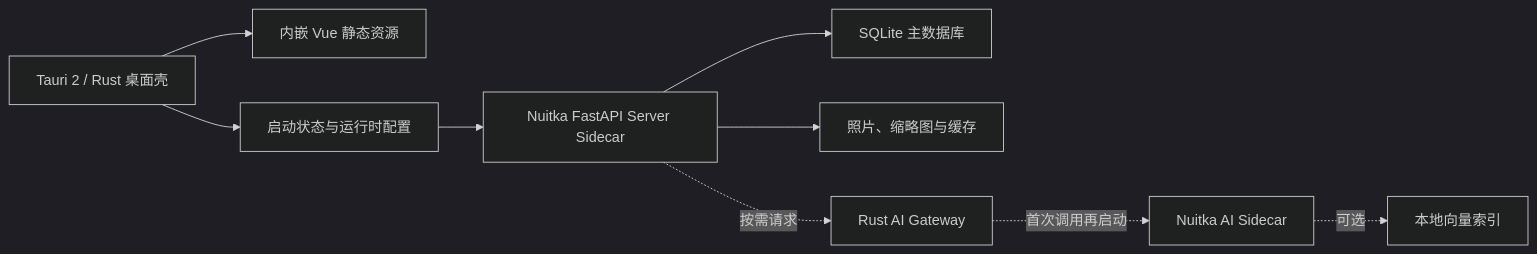
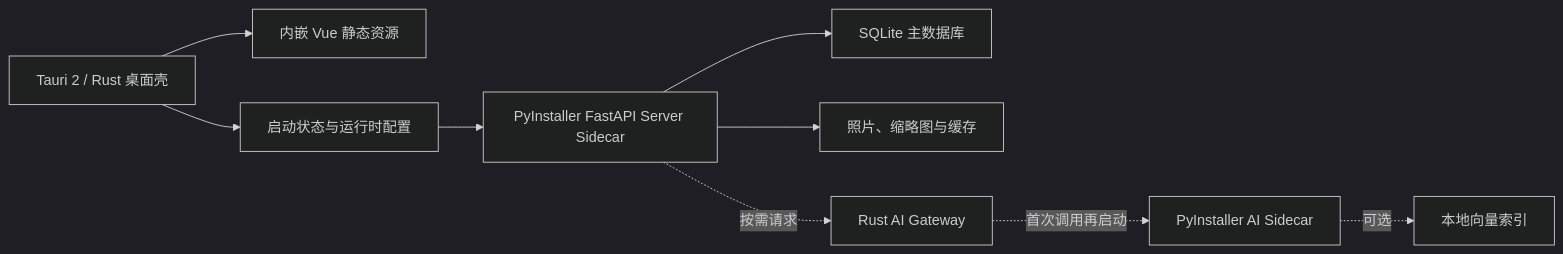
Before and after one commit to LC044/TrailSnap: the first of 2 diagrams in doc/desktop_packaging_technical_route.md, drawn with Mermaid (dark theme). The commit also changed other lines of this file and 8 other files, not shown here.

````diff
--- a/doc/desktop_packaging_technical_route.md
+++ b/doc/desktop_packaging_technical_route.md
@@ -75,11 +75,11 @@
 ```mermaid
 flowchart LR
     Shell["Tauri 2 / Rust 桌面壳"] --> UI["内嵌 Vue 静态资源"]
     Shell --> Bootstrap["启动状态与运行时配置"]
-    Bootstrap --> Server["Nuitka FastAPI Server Sidecar"]
+    Bootstrap --> Server["PyInstaller FastAPI Server Sidecar"]
     Server --> DB["SQLite 主数据库"]
     Server --> Files["照片、缩略图与缓存"]
     Server -.按需请求.-> Gateway["Rust AI Gateway"]
-    Gateway -.首次调用再启动.-> AI["Nuitka AI Sidecar"]
+    Gateway -.首次调用再启动.-> AI["PyInstaller AI Sidecar"]
     AI -.可选.-> Vector["本地向量索引"]
 ```
````
